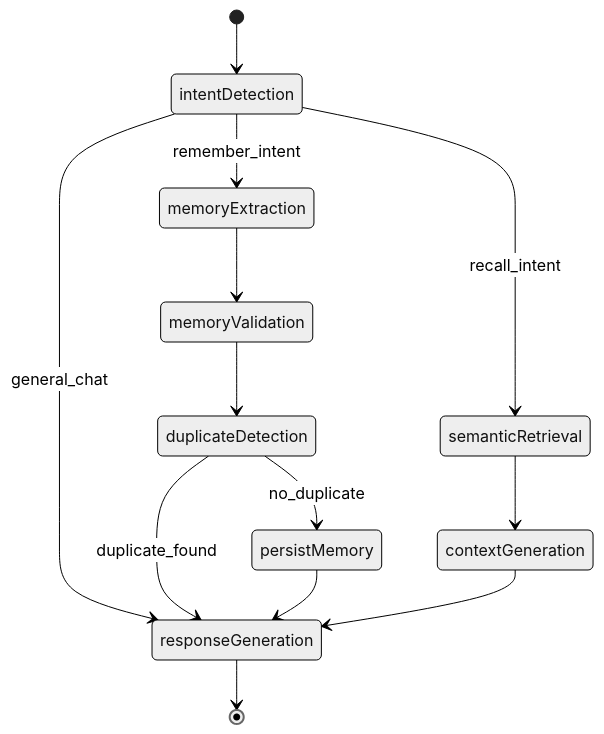
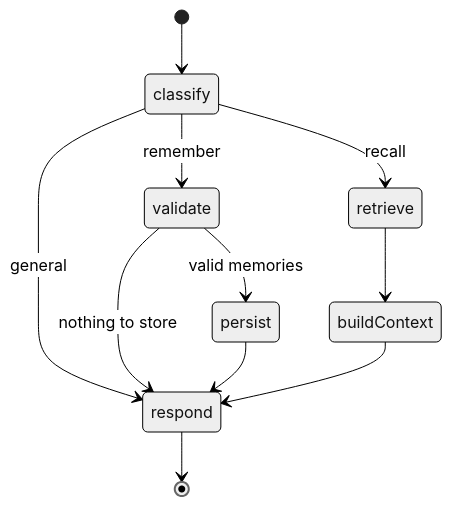
The fifth of 5 diagrams in docs/architecture/v1-architecture.md (nayan-kunwar/smiriti-2.0), drawn with Mermaid (neutral theme) before and after one commit. The commit also changed other lines of this file and 83 other files, not shown here.

First line of the commit message:
feat: add durable memory indexing, reconciliation, and LangGraph chat

````diff
--- a/docs/architecture/v1-architecture.md
+++ b/docs/architecture/v1-architecture.md
@@ -484,15 +542,13 @@
 ```mermaid
 stateDiagram-v2
-  [*] --> intentDetection
-  intentDetection --> memoryExtraction: remember_intent
-  intentDetection --> semanticRetrieval: recall_intent
-  intentDetection --> responseGeneration: general_chat
-  memoryExtraction --> memoryValidation
-  memoryValidation --> duplicateDetection
-  duplicateDetection --> persistMemory: no_duplicate
-  duplicateDetection --> responseGeneration: duplicate_found
-  persistMemory --> responseGeneration
-  semanticRetrieval --> contextGeneration
-  contextGeneration --> responseGeneration
-  responseGeneration --> [*]
+  [*] --> classify
+  classify --> validate: remember
+  classify --> retrieve: recall
+  classify --> respond: general
+  validate --> persist: valid memories
+  validate --> respond: nothing to store
+  persist --> respond
+  retrieve --> buildContext
+  buildContext --> respond
+  respond --> [*]
 ```
````
